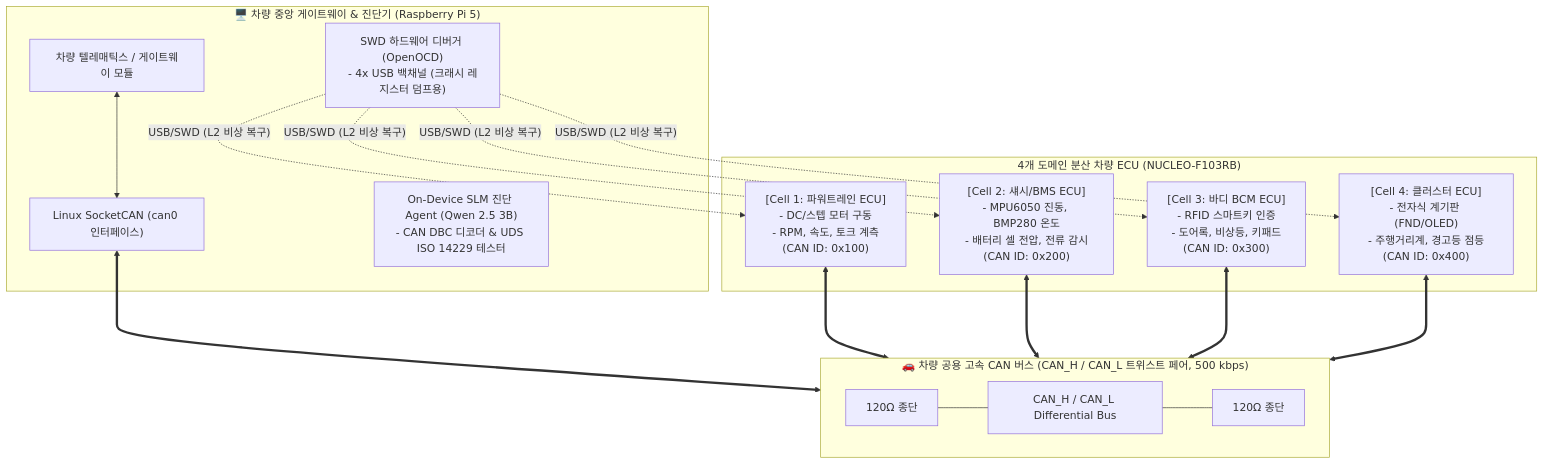
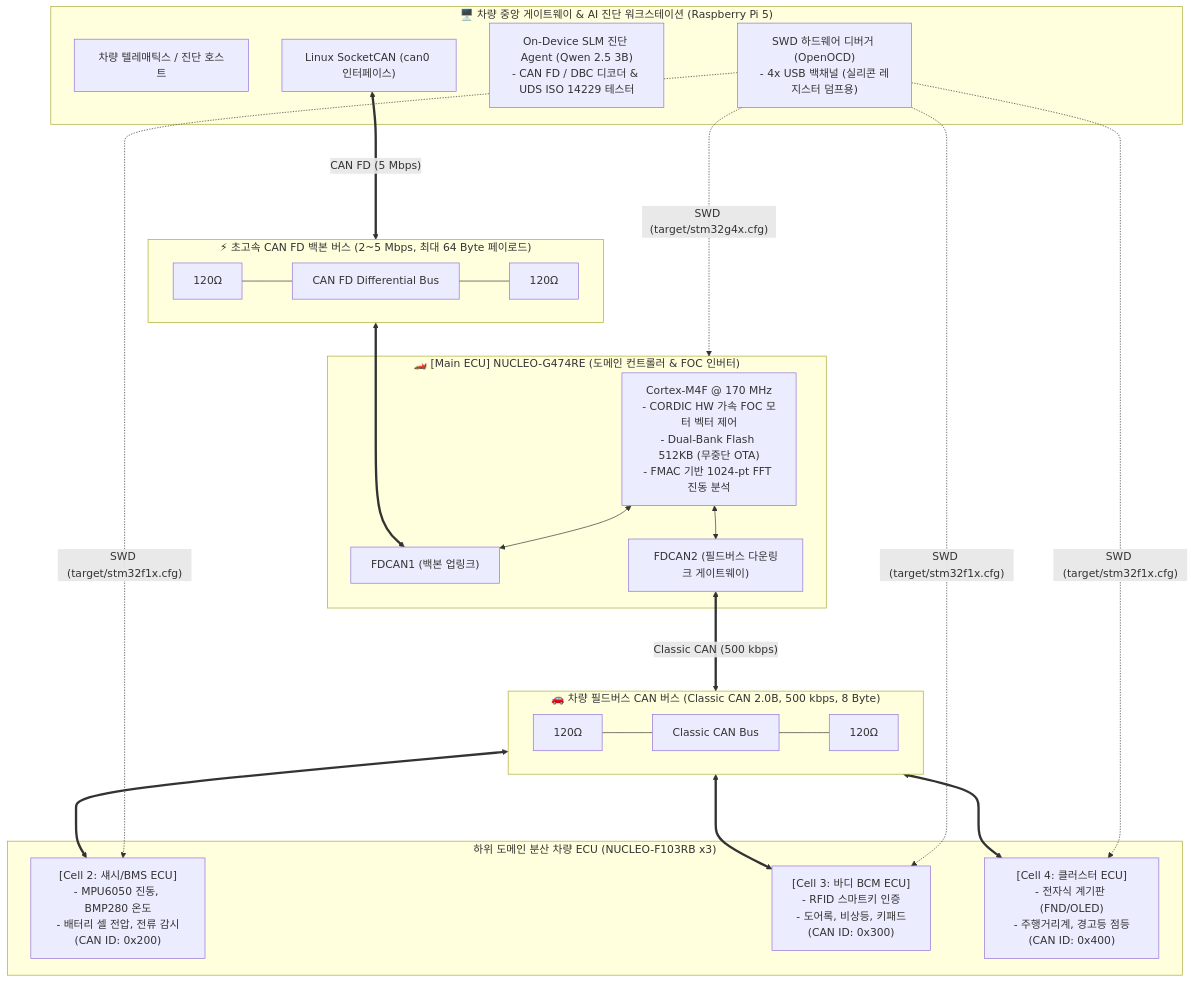
One commit to ssafy16-embbedded21-team1-2/ssafy_embedded_pjt_setup changed the diagram in docs/차량용_CAN_통신_도입_및_아키텍처_설계.md. Above: the diagram before and after it, drawn with Mermaid. The commit also changed other lines of this file and 1 other file, not shown here.

Commit message:
Upgrade Automotive architecture to v3.0: Add NUCLEO-G474RE DCU and CAN FD hybrid network

````diff
--- a/docs/차량용_CAN_통신_도입_및_아키텍처_설계.md
+++ b/docs/차량용_CAN_통신_도입_및_아키텍처_설계.md
@@ -11,33 +12,46 @@
 ```mermaid
 flowchart TB
-    subgraph Gateway["🖥️ 차량 중앙 게이트웨이 & 진단기 (Raspberry Pi 5)"]
-        TCU["차량 텔레매틱스 / 게이트웨이 모듈"]
+    subgraph Gateway["🖥️ 차량 중앙 게이트웨이 & AI 진단 워크스테이션 (Raspberry Pi 5)"]
+        TCU["차량 텔레매틱스 / 진단 호스트"]
         SOCKETCAN["Linux SocketCAN (can0 인터페이스)"]
-        AI_AGENT["On-Device SLM 진단 Agent (Qwen 2.5 3B)<br/>- CAN DBC 디코더 & UDS ISO 14229 테스터"]
-        SWD_DEBUG["SWD 하드웨어 디버거 (OpenOCD)<br/>- 4x USB 백채널 (크래시 레지스터 덤프용)"]
+        AI_AGENT["On-Device SLM 진단 Agent (Qwen 2.5 3B)<br/>- CAN FD / DBC 디코더 & UDS ISO 14229 테스터"]
+        SWD_DEBUG["SWD 하드웨어 디버거 (OpenOCD)<br/>- 4x USB 백채널 (실리콘 레지스터 덤프용)"]
     end
 
-    subgraph CAN_BUS["🚗 차량 공용 고속 CAN 버스 (CAN_H / CAN_L 트위스트 페어, 500 kbps)"]
+    subgraph CAN_FD_BACKBONE["⚡ 초고속 CAN FD 백본 버스 (2~5 Mbps, 최대 64 Byte 페이로드)"]
         direction LR
-        TERM1["120Ω 종단"] --- BUS_LINE["CAN_H / CAN_L Differential Bus"] --- TERM2["120Ω 종단"]
+        TERM_FD1["120Ω"] --- FD_LINE["CAN FD Differential Bus"] --- TERM_FD2["120Ω"]
     end
 
-    subgraph ECUs["4개 도메인 분산 차량 ECU (NUCLEO-F103RB)"]
-        ECU1["[Cell 1: 파워트레인 ECU]<br/>- DC/스텝 모터 구동<br/>- RPM, 속도, 토크 계측<br/>(CAN ID: 0x100)"]
+    subgraph MAIN_DCU["🏎️ [Main ECU] NUCLEO-G474RE (도메인 컨트롤러 & FOC 인버터)"]
+        G4_CORE["Cortex-M4F @ 170 MHz<br/>- CORDIC HW 가속 FOC 모터 벡터 제어<br/>- Dual-Bank Flash 512KB (무중단 OTA)<br/>- FMAC 기반 1024-pt FFT 진동 분석"]
+        FDCAN_CH1["FDCAN1 (백본 업링크)"]
+        FDCAN_CH2["FDCAN2 (필드버스 다운링크 게이트웨이)"]
+    end
+
+    subgraph CAN_SUB_BUS["🚗 차량 필드버스 CAN 버스 (Classic CAN 2.0B, 500 kbps, 8 Byte)"]
+        direction LR
+        TERM_C1["120Ω"] --- CAN_LINE["Classic CAN Bus"] --- TERM_C2["120Ω"]
+    end
+
+    subgraph SUB_ECUS["하위 도메인 분산 차량 ECU (NUCLEO-F103RB x3)"]
         ECU2["[Cell 2: 섀시/BMS ECU]<br/>- MPU6050 진동, BMP280 온도<br/>- 배터리 셀 전압, 전류 감시<br/>(CAN ID: 0x200)"]
         ECU3["[Cell 3: 바디 BCM ECU]<br/>- RFID 스마트키 인증<br/>- 도어록, 비상등, 키패드<br/>(CAN ID: 0x300)"]
         ECU4["[Cell 4: 클러스터 ECU]<br/>- 전자식 계기판 (FND/OLED)<br/>- 주행거리계, 경고등 점등<br/>(CAN ID: 0x400)"]
     end
 
-    TCU <--> SOCKETCAN
-    SOCKETCAN <===> CAN_BUS
-    ECU1 <===> CAN_BUS
-    ECU2 <===> CAN_BUS
-    ECU3 <===> CAN_BUS
-    ECU4 <===> CAN_BUS
+    SOCKETCAN <===>|"CAN FD (5 Mbps)"| CAN_FD_BACKBONE
+    CAN_FD_BACKBONE <===> FDCAN_CH1
+    G4_CORE <--> FDCAN_CH1
+    G4_CORE <--> FDCAN_CH2
+    FDCAN_CH2 <===>|"Classic CAN (500 kbps)"| CAN_SUB_BUS
 
-    SWD_DEBUG -.->|"USB/SWD (L2 비상 복구)"| ECU1
-    SWD_DEBUG -.->|"USB/SWD (L2 비상 복구)"| ECU2
-    SWD_DEBUG -.->|"USB/SWD (L2 비상 복구)"| ECU3
-    SWD_DEBUG -.->|"USB/SWD (L2 비상 복구)"| ECU4
+    CAN_SUB_BUS <===> ECU2
+    CAN_SUB_BUS <===> ECU3
+    CAN_SUB_BUS <===> ECU4
+
+    SWD_DEBUG -.->|"SWD (target/stm32g4x.cfg)"| MAIN_DCU
+    SWD_DEBUG -.->|"SWD (target/stm32f1x.cfg)"| ECU2
+    SWD_DEBUG -.->|"SWD (target/stm32f1x.cfg)"| ECU3
+    SWD_DEBUG -.->|"SWD (target/stm32f1x.cfg)"| ECU4
 ```
````
